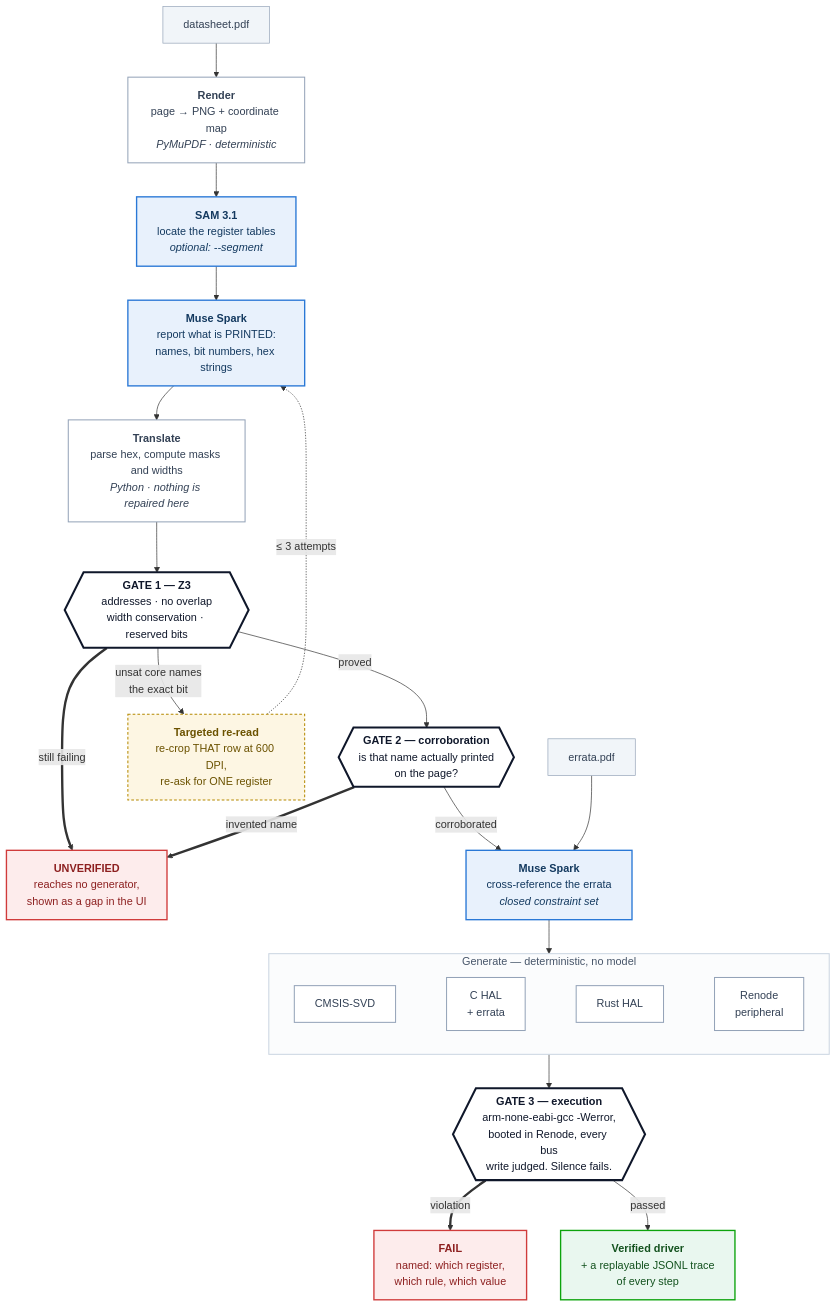
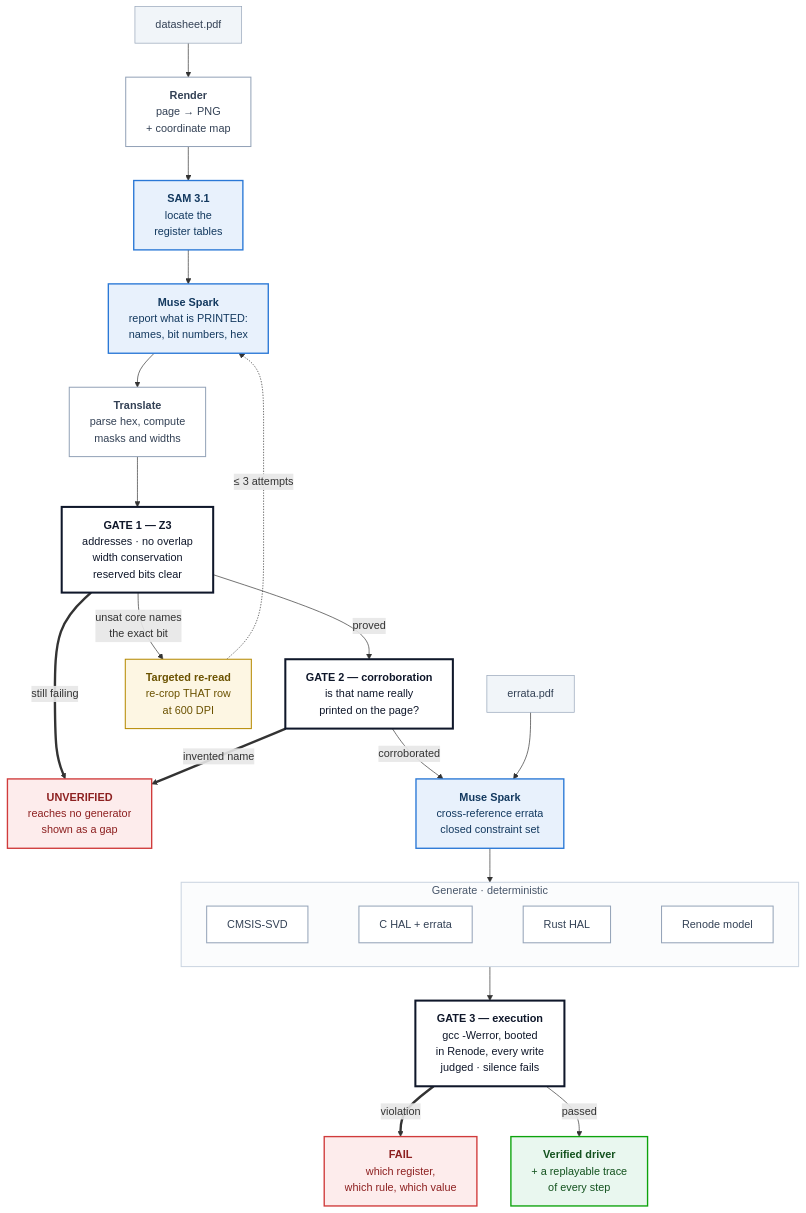
Before and after one commit to 0xnithinmys/SiliconTruth: the diagram in README.md, drawn with Mermaid.

Commit message:
Keep the diagram's text inside its boxes
The gates were hexagons. Mermaid sizes a hexagon's bounding box to its text
but the slanted sides cut into that box, so the first and last line of every
gate spilled over the angled edges -- worst on GATE 3, whose longest line ran
past the shape on both sides.

Gates are plain rectangles now, which pad their text properly; the 3px border
already marked them as gates, so the shape was never carrying the meaning.
The subroutine shape was tried in between and rejected for the same class of
reason: it draws inner vertical bars inset from the edge, and the longest
line in each gate sat right on them.

Labels are also broken into shorter lines, and the measurement is checkable
rather than eyeballed -- rendering the diagram and comparing every node's
label box against its shape box reports 0 of 18 overflowing.

````diff
--- a/README.md
+++ b/README.md
@@ -133,41 +133,41 @@
 ```mermaid
 flowchart TD
     PDF["datasheet.pdf"]:::input
     ERRPDF["errata.pdf"]:::input
 
-    PDF --> RENDER["<b>Render</b><br/>page → PNG + coordinate map<br/><i>PyMuPDF · deterministic</i>"]:::proc
-    RENDER --> SAM["<b>SAM 3.1</b><br/>locate the register tables<br/><i>optional: --segment</i>"]:::model
-    SAM --> SPARK["<b>Muse Spark</b><br/>report what is PRINTED:<br/>names, bit numbers, hex strings"]:::model
-    SPARK --> XLATE["<b>Translate</b><br/>parse hex, compute masks and widths<br/><i>Python · nothing is repaired here</i>"]:::proc
+    PDF --> RENDER["<b>Render</b><br/>page → PNG<br/>+ coordinate map"]:::proc
+    RENDER --> SAM["<b>SAM 3.1</b><br/>locate the<br/>register tables"]:::model
+    SAM --> SPARK["<b>Muse Spark</b><br/>report what is PRINTED:<br/>names, bit numbers, hex"]:::model
+    SPARK --> XLATE["<b>Translate</b><br/>parse hex, compute<br/>masks and widths"]:::proc
 
-    XLATE --> Z3{{"<b>GATE 1 — Z3</b><br/>addresses · no overlap<br/>width conservation · reserved bits"}}:::gate
+    XLATE --> Z3["<b>GATE 1 — Z3</b><br/>addresses · no overlap<br/>width conservation<br/>reserved bits clear"]:::gate
 
-    Z3 -- "unsat core names<br/>the exact bit" --> REPAIR["<b>Targeted re-read</b><br/>re-crop THAT row at 600 DPI,<br/>re-ask for ONE register"]:::loop
+    Z3 -- "unsat core names<br/>the exact bit" --> REPAIR["<b>Targeted re-read</b><br/>re-crop THAT row<br/>at 600 DPI"]:::loop
     REPAIR -. "≤ 3 attempts" .-> SPARK
-    Z3 == "still failing" ==> UNVER["<b>UNVERIFIED</b><br/>reaches no generator,<br/>shown as a gap in the UI"]:::bad
+    Z3 == "still failing" ==> UNVER["<b>UNVERIFIED</b><br/>reaches no generator<br/>shown as a gap"]:::bad
 
-    Z3 -- proved --> NAMES{{"<b>GATE 2 — corroboration</b><br/>is that name actually printed<br/>on the page?"}}:::gate
+    Z3 -- proved --> NAMES["<b>GATE 2 — corroboration</b><br/>is that name really<br/>printed on the page?"]:::gate
     NAMES == "invented name" ==> UNVER
     NAMES -- corroborated --> ELINK
 
-    ERRPDF --> ELINK["<b>Muse Spark</b><br/>cross-reference the errata<br/><i>closed constraint set</i>"]:::model
+    ERRPDF --> ELINK["<b>Muse Spark</b><br/>cross-reference errata<br/>closed constraint set"]:::model
     ELINK --> GEN
 
-    subgraph GEN ["Generate — deterministic, no model"]
+    subgraph GEN ["Generate · deterministic"]
         direction LR
-        SVD["CMSIS-SVD"]:::proc ~~~ HALC["C HAL<br/>+ errata"]:::proc ~~~ HALR["Rust HAL"]:::proc ~~~ MOCK["Renode<br/>peripheral"]:::proc
+        SVD["CMSIS-SVD"]:::proc ~~~ HALC["C HAL + errata"]:::proc ~~~ HALR["Rust HAL"]:::proc ~~~ MOCK["Renode model"]:::proc
     end
 
-    GEN --> EXEC{{"<b>GATE 3 — execution</b><br/>arm-none-eabi-gcc -Werror,<br/>booted in Renode, every bus<br/>write judged. Silence fails."}}:::gate
-    EXEC == violation ==> FAIL["<b>FAIL</b><br/>named: which register,<br/>which rule, which value"]:::bad
-    EXEC -- passed --> OUT["<b>Verified driver</b><br/>+ a replayable JSONL trace<br/>of every step"]:::good
+    GEN --> EXEC["<b>GATE 3 — execution</b><br/>gcc -Werror, booted<br/>in Renode, every write<br/>judged · silence fails"]:::gate
+    EXEC == violation ==> FAIL["<b>FAIL</b><br/>which register,<br/>which rule, which value"]:::bad
+    EXEC -- passed --> OUT["<b>Verified driver</b><br/>+ a replayable trace<br/>of every step"]:::good
 
     classDef proc fill:#fff,stroke:#94a3b8,stroke-width:1.5px,color:#334155
-    style GEN fill:#fbfcfd,stroke:#cbd5e1,stroke-width:1.5px,color:#475569
     classDef model fill:#e8f1fc,stroke:#2a78d6,stroke-width:2px,color:#13395f
     classDef gate fill:#fff,stroke:#0f172a,stroke-width:3px,color:#0f172a
-    classDef loop fill:#fdf6e3,stroke:#b58900,stroke-width:1.5px,color:#6b5200,stroke-dasharray:4 3
+    classDef loop fill:#fdf6e3,stroke:#b58900,stroke-width:1.5px,color:#6b5200
     classDef bad fill:#fdecec,stroke:#d03b3b,stroke-width:2px,color:#8d2020
     classDef good fill:#e9f7ef,stroke:#0ca30c,stroke-width:2px,color:#13521e
     classDef input fill:#f1f5f9,stroke:#94a3b8,color:#334155
+    style GEN fill:#fbfcfd,stroke:#cbd5e1,stroke-width:1.5px,color:#475569
 ```
````
